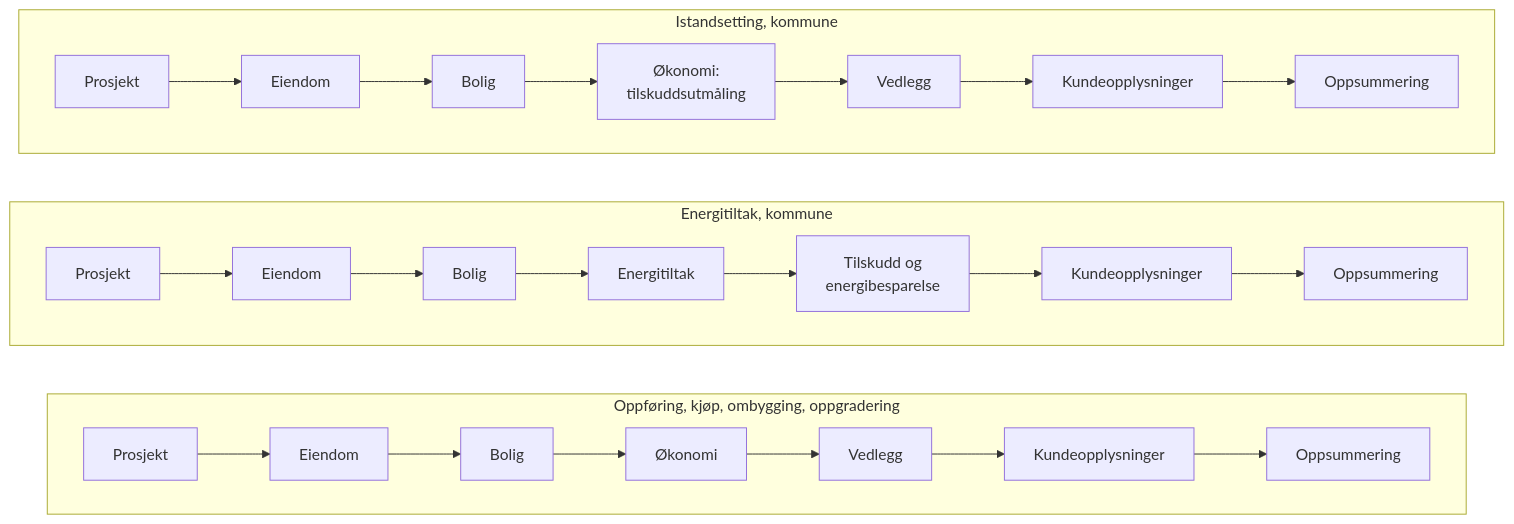
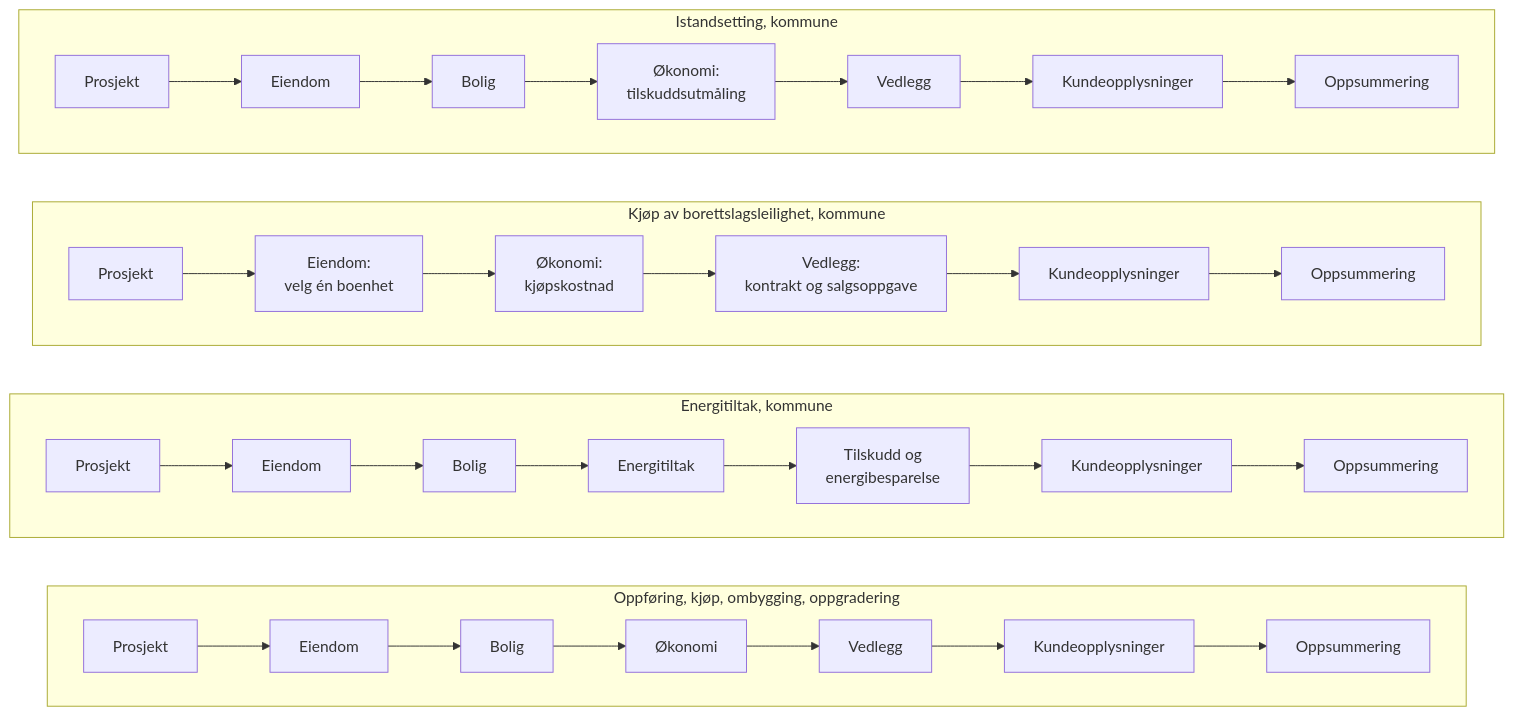
The third of 6 diagrams in grunnlan-esoknad/FLYTER.md (Pettersommerseth1994/husbanken), drawn with Mermaid before and after one commit. The commit also changed 10 other files, not shown here.

First line of the commit message:
E-søknaden: kjøp av borettslagsleilighet for kommuner

````diff
--- a/grunnlan-esoknad/FLYTER.md
+++ b/grunnlan-esoknad/FLYTER.md
@@ -66,15 +66,19 @@
 ```mermaid
 flowchart LR
   subgraph L[Oppføring, kjøp, ombygging, oppgradering]
     direction LR
     L1[Prosjekt] --> L2[Eiendom] --> L3[Bolig] --> L4[Økonomi] --> L5[Vedlegg] --> L6[Kundeopplysninger] --> L7[Oppsummering]
   end
   subgraph E[Energitiltak, kommune]
     direction LR
     E1[Prosjekt] --> E2[Eiendom] --> E3[Bolig] --> E4[Energitiltak] --> E5[Tilskudd og<br/>energibesparelse] --> E6[Kundeopplysninger] --> E7[Oppsummering]
   end
+  subgraph B[Kjøp av borettslagsleilighet, kommune]
+    direction LR
+    B1[Prosjekt] --> B2[Eiendom:<br/>velg én boenhet] --> B3[Økonomi:<br/>kjøpskostnad] --> B4[Vedlegg:<br/>kontrakt og salgsoppgave] --> B5[Kundeopplysninger] --> B6[Oppsummering]
+  end
   subgraph I[Istandsetting, kommune]
     direction LR
     I1[Prosjekt] --> I2[Eiendom] --> I3[Bolig] --> I4[Økonomi:<br/>tilskuddsutmåling] --> I5[Vedlegg] --> I6[Kundeopplysninger] --> I7[Oppsummering]
   end
 ```
````
